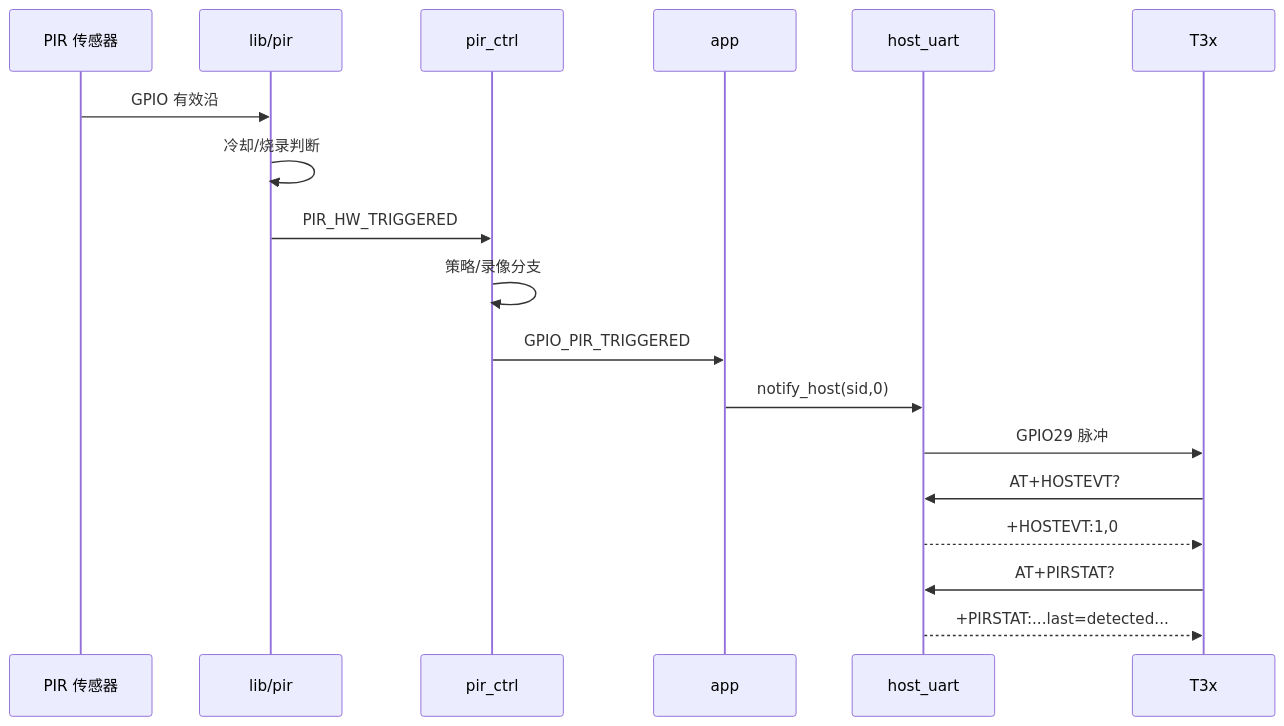
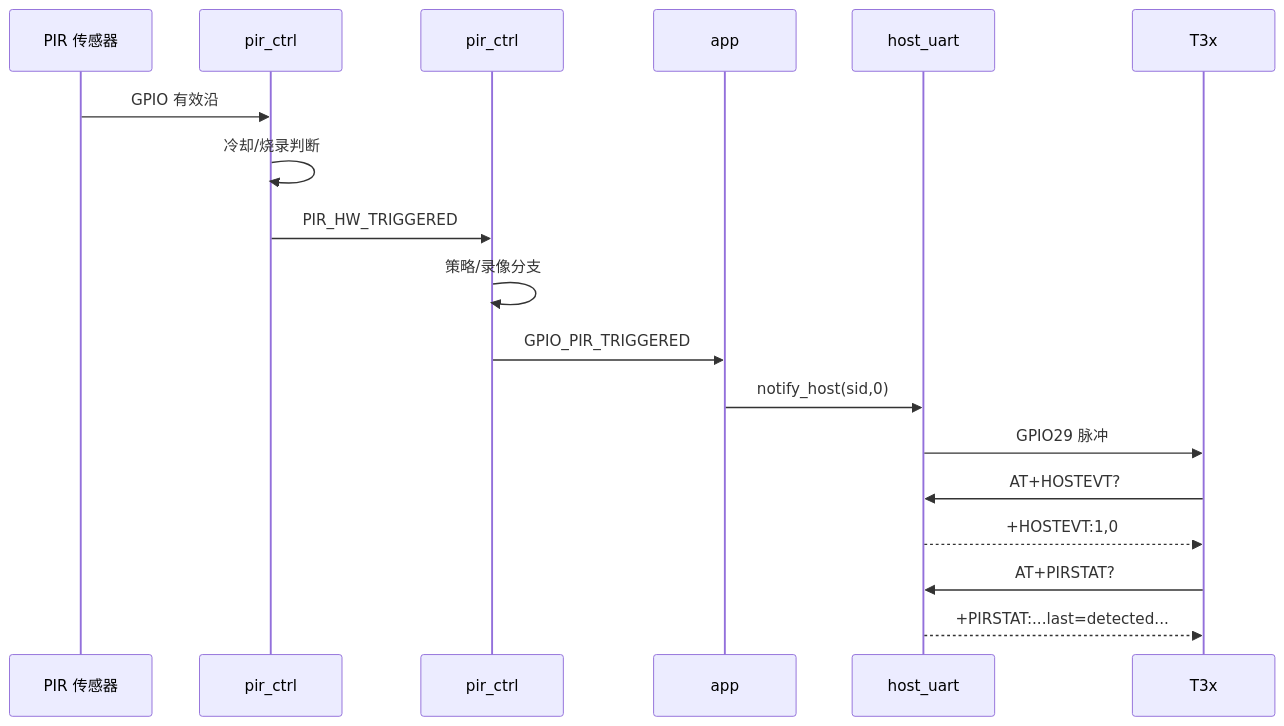
The second of 2 diagrams in doc/T3X_4G_AT_INTERACTION.md (dzr1986/AIR780EHM), drawn with Mermaid before and after one commit. The commit also changed other lines of this file and 80 other files, not shown here.

````diff
--- a/doc/T3X_4G_AT_INTERACTION.md
+++ b/doc/T3X_4G_AT_INTERACTION.md
@@ -246,21 +246,21 @@
 ```mermaid
 sequenceDiagram
     participant PIR as PIR 传感器
-    participant L as lib/pir
+    participant L as pir_ctrl
     participant C as pir_ctrl
     participant A as app
     participant H as host_uart
     participant T as T3x
 
     PIR->>L: GPIO 有效沿
     L->>L: 冷却/烧录判断
     L->>C: PIR_HW_TRIGGERED
     C->>C: 策略/录像分支
     C->>A: GPIO_PIR_TRIGGERED
     A->>H: notify_host(sid,0)
     H->>T: GPIO29 脉冲
     T->>H: AT+HOSTEVT?
     H-->>T: +HOSTEVT:1,0
     T->>H: AT+PIRSTAT?
     H-->>T: +PIRSTAT:...last=detected...
 ```
````
